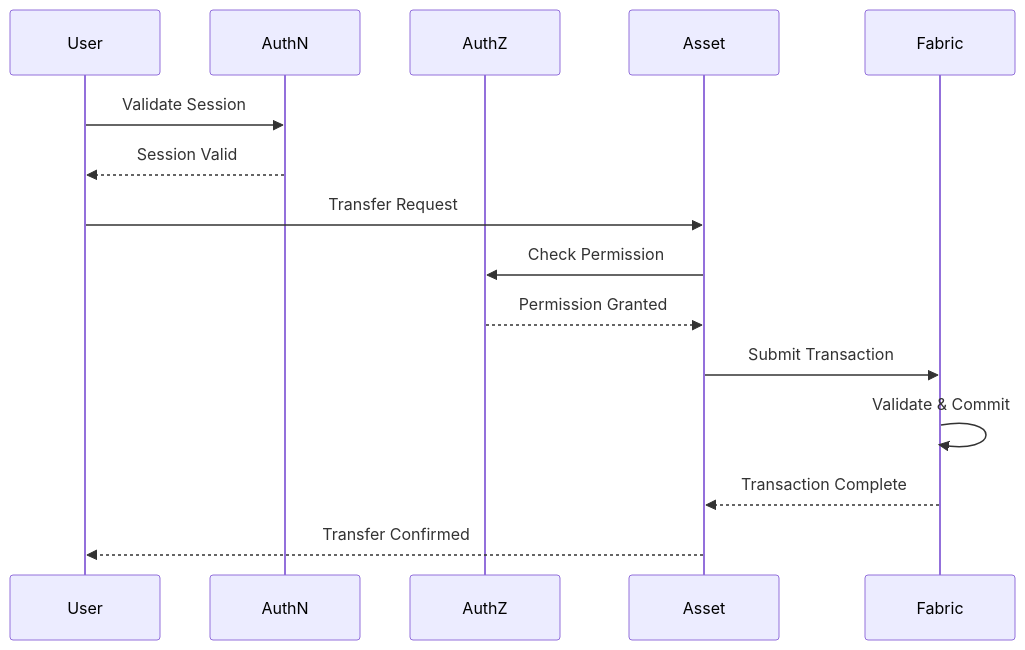
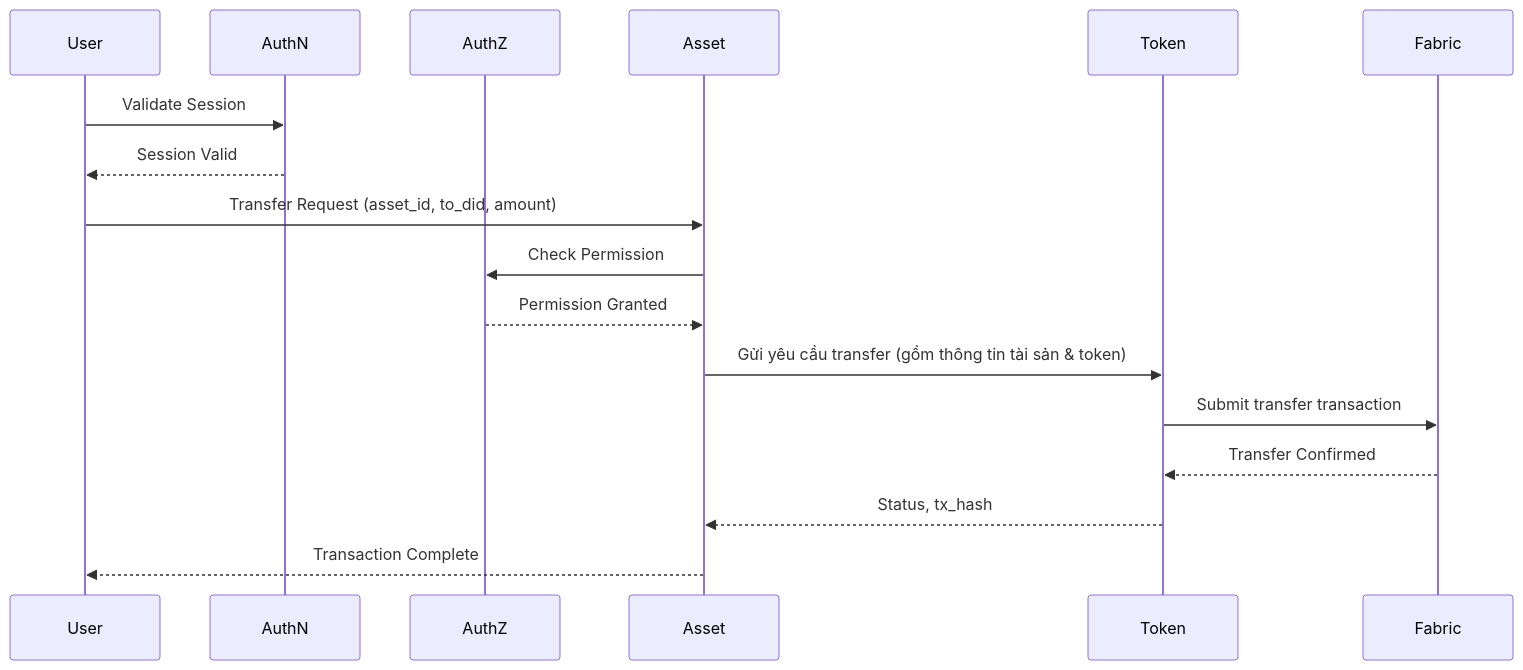
Before and after one commit to metafi-blockchain/metafi-digital-assets-service: the fourth of 9 diagrams in rd-digital-asset-service-clean.md, drawn with Mermaid.

````diff
--- a/rd-digital-asset-service-clean.md
+++ b/rd-digital-asset-service-clean.md
@@ -201,21 +201,23 @@
 ```mermaid
 sequenceDiagram
     participant User
     participant AuthN
     participant AuthZ
     participant Asset
+    participant Token
     participant Fabric
-    
+
     User->>AuthN: Validate Session
     AuthN-->>User: Session Valid
-    
-    User->>Asset: Transfer Request
+
+    User->>Asset: Transfer Request (asset_id, to_did, amount)
     Asset->>AuthZ: Check Permission
     AuthZ-->>Asset: Permission Granted
-    
-    Asset->>Fabric: Submit Transaction
-    Fabric->>Fabric: Validate & Commit
-    Fabric-->>Asset: Transaction Complete
-    
-    Asset-->>User: Transfer Confirmed
+
+    Asset->>Token: Gửi yêu cầu transfer (gồm thông tin tài sản & token)
+    Token->>Fabric: Submit transfer transaction
+    Fabric-->>Token: Transfer Confirmed
+
+    Token-->>Asset: Status, tx_hash
+    Asset-->>User: Transaction Complete
 ```
````
